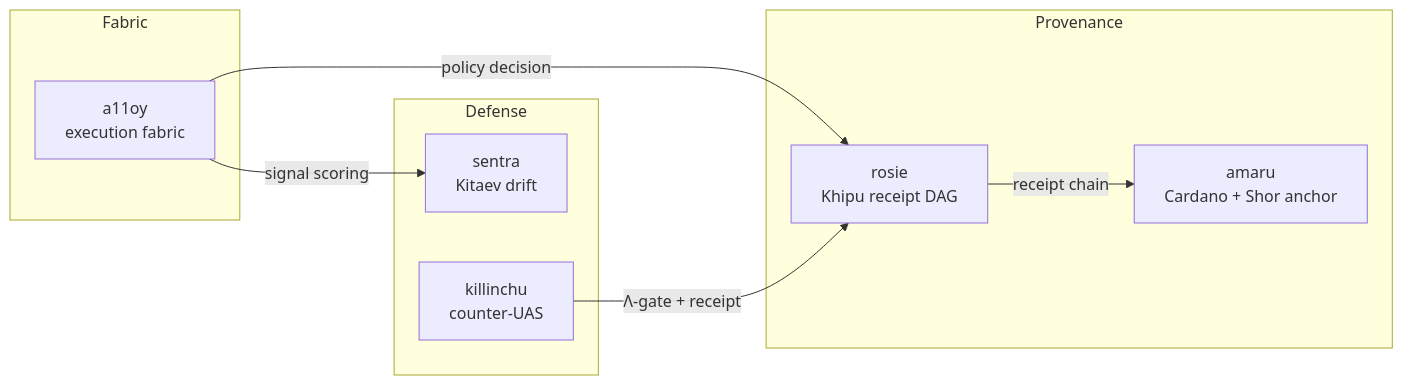
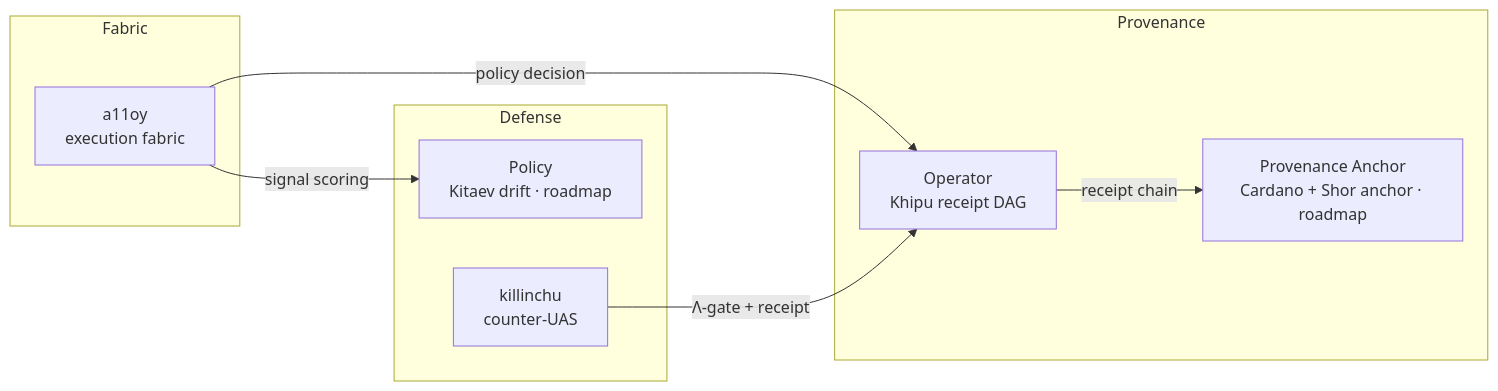
One commit to szl-holdings/a11oy changed the diagram in docs/site/docs/flagships/index.md. Above: the diagram before and after it, drawn with Mermaid. The commit also changed other lines of this file, not shown here.

First line of the commit message:
docs/site flagships index: present honest roles (Provenance Anchor/Operator/Policy), mark only a11oy+killinchu shipping, SLSA L2 = roadmap

````diff
--- a/docs/site/docs/flagships/index.md
+++ b/docs/site/docs/flagships/index.md
@@ -8,18 +15,18 @@
 ```mermaid
 flowchart LR
   subgraph Fabric
     A[a11oy<br/>execution fabric]
   end
   subgraph Provenance
-    M[amaru<br/>Cardano + Shor anchor]
-    R[rosie<br/>Khipu receipt DAG]
+    M[Provenance Anchor<br/>Cardano + Shor anchor · roadmap]
+    R[Operator<br/>Khipu receipt DAG]
   end
   subgraph Defense
-    S[sentra<br/>Kitaev drift]
+    S[Policy<br/>Kitaev drift · roadmap]
     K[killinchu<br/>counter-UAS]
   end
   A -->|policy decision| R
   A -->|signal scoring| S
   R -->|receipt chain| M
   K -->|Λ-gate + receipt| R
 ```
````
